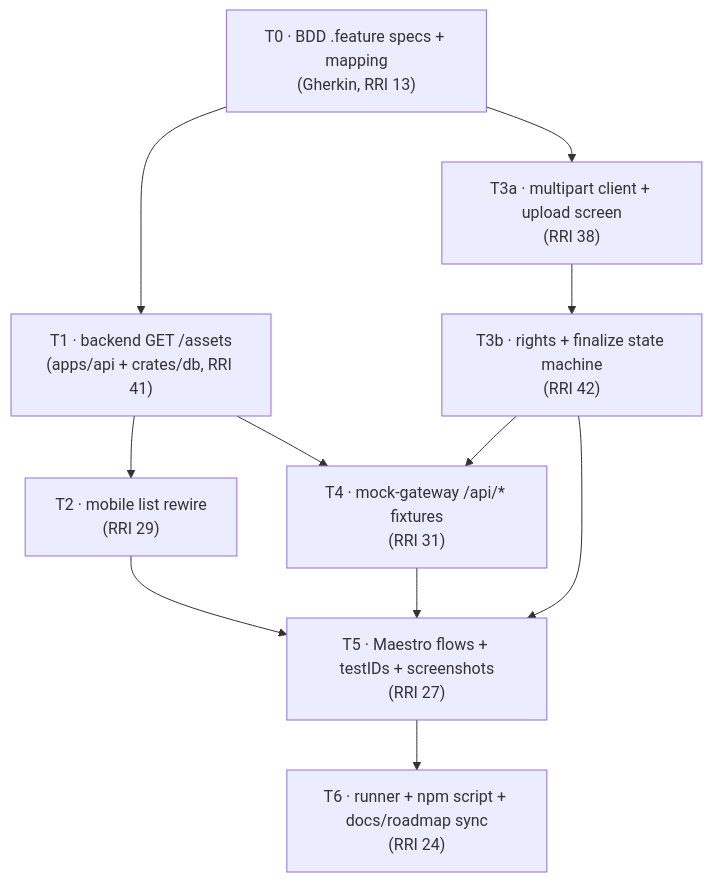
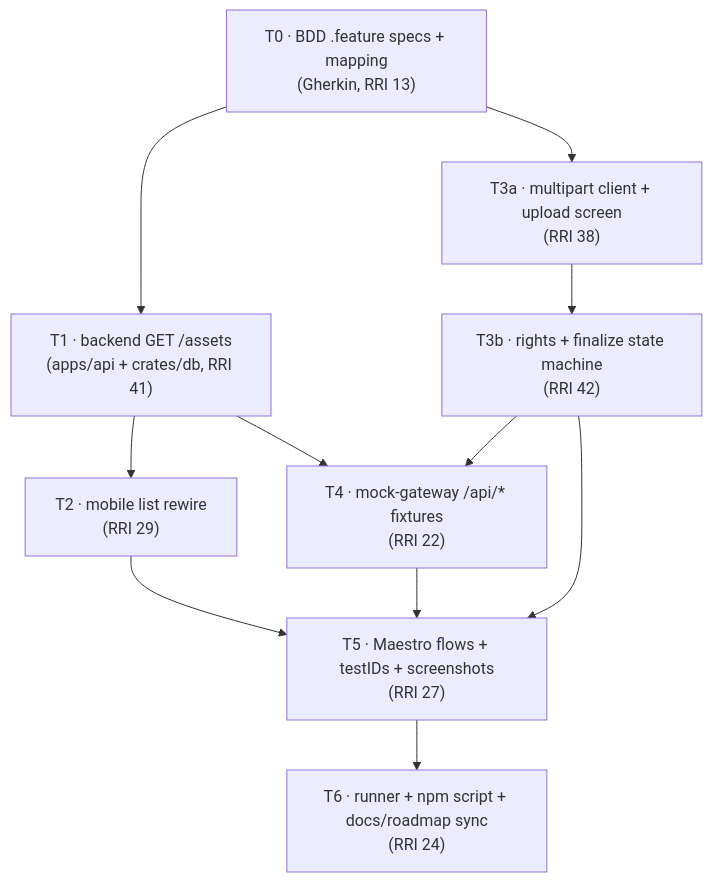
The diagram in docs/plan/s-060-mobile-asset-lifecycle.md (krukmat/dubbridge), drawn with Mermaid before and after one commit. The commit also changed other lines of this file and 42 other files, not shown here.

````diff
--- a/docs/plan/s-060-mobile-asset-lifecycle.md
+++ b/docs/plan/s-060-mobile-asset-lifecycle.md
@@ -158,22 +158,22 @@
 ```mermaid
 flowchart TD
     T0["T0 · BDD .feature specs + mapping<br/>(Gherkin, RRI 13)"]
     T1["T1 · backend GET /assets<br/>(apps/api + crates/db, RRI 41)"]
     T2["T2 · mobile list rewire<br/>(RRI 29)"]
     T3a["T3a · multipart client + upload screen<br/>(RRI 38)"]
     T3b["T3b · rights + finalize state machine<br/>(RRI 42)"]
-    T4["T4 · mock-gateway /api/* fixtures<br/>(RRI 31)"]
+    T4["T4 · mock-gateway /api/* fixtures<br/>(RRI 22)"]
     T5["T5 · Maestro flows + testIDs + screenshots<br/>(RRI 27)"]
     T6["T6 · runner + npm script + docs/roadmap sync<br/>(RRI 24)"]
 
     T0 --> T1
     T0 --> T3a
     T1 --> T2
     T1 --> T4
     T3a --> T3b
     T3b --> T4
     T2 --> T5
     T3b --> T5
     T4 --> T5
     T5 --> T6
 ```
````
